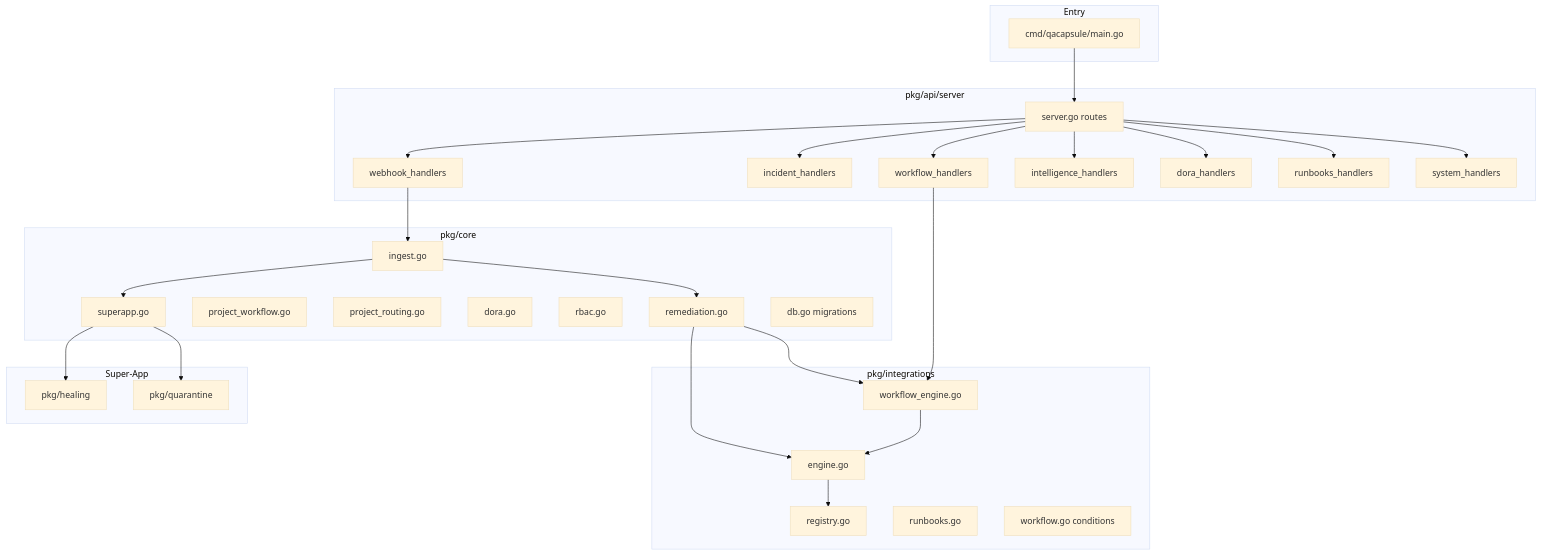
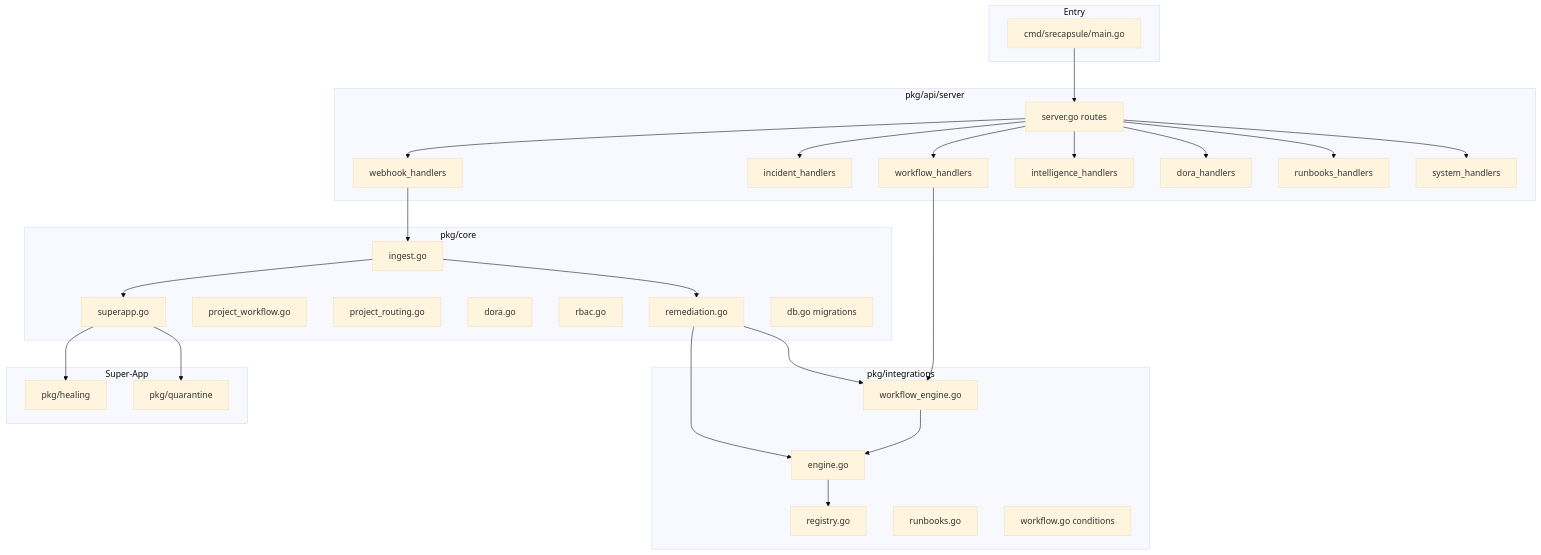
Before and after one commit to Ashraf-Khabar/qa-capsule: the third of 18 diagrams in docs/guides/design-diagrams.md, drawn with Mermaid (base theme). The commit also changed other lines of this file and 180 other files, not shown here.

````diff
--- a/docs/guides/design-diagrams.md
+++ b/docs/guides/design-diagrams.md
@@ -78,51 +78,51 @@
 ```mermaid
 flowchart TB
     subgraph entry [Entry]
-        MAIN[cmd/qacapsule/main.go]
+        MAIN[cmd/srecapsule/main.go]
     end
 
     subgraph api [pkg/api/server]
         SRV[server.go routes]
         WH[webhook_handlers]
         INC[incident_handlers]
         WF[workflow_handlers]
         INTEL[intelligence_handlers]
         DORA_H[dora_handlers]
         RB[runbooks_handlers]
         SYS[system_handlers]
     end
 
     subgraph core [pkg/core]
         ING[ingest.go]
         REM[remediation.go]
         PW[project_workflow.go]
         PR[project_routing.go]
         DORA_C[dora.go]
         RBAC[rbac.go]
         SA[superapp.go]
         DBM[db.go migrations]
     end
 
     subgraph int [pkg/integrations]
         REG[registry.go]
         ENG[engine.go]
         WFE[workflow_engine.go]
         RBK[runbooks.go]
         COND[workflow.go conditions]
     end
 
     subgraph super [Super-App]
         HEAL_PKG[pkg/healing]
         Q_PKG[pkg/quarantine]
     end
 
     MAIN --> SRV
     SRV --> WH & INC & WF & INTEL & DORA_H & RB & SYS
     WH --> ING
     ING --> REM & SA
     REM --> ENG & WFE
     WF --> WFE
     SA --> HEAL_PKG & Q_PKG
     ENG --> REG
     WFE --> ENG
 ```
````
